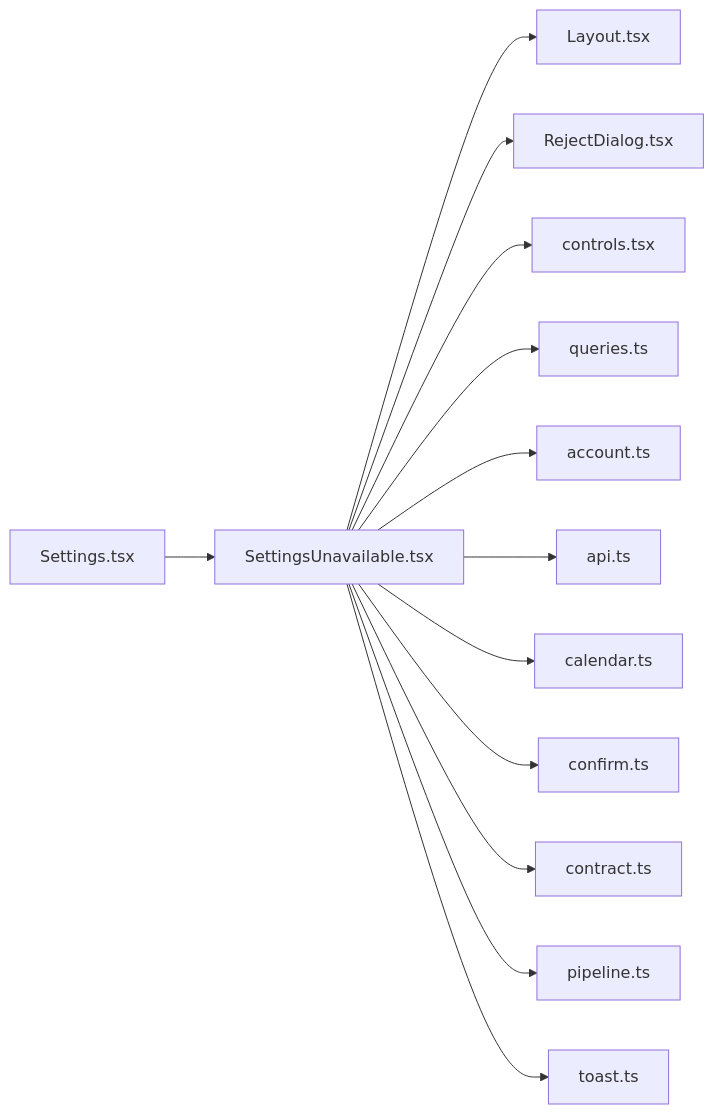
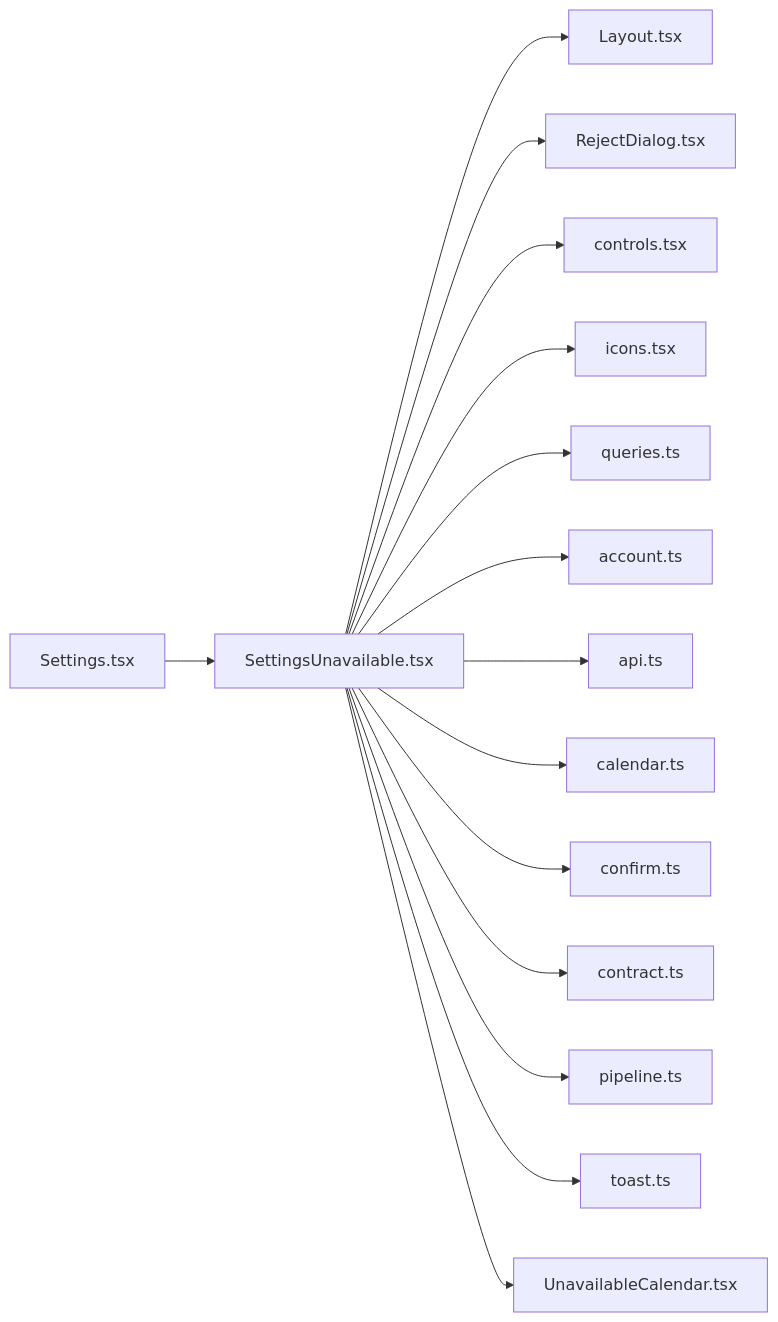
One commit to minkong-dev/Banblit changed the diagram in .cluedoc/graph/frontend/src/routes/SettingsUnavailable.md. Above: the diagram before and after it, drawn with Mermaid. The commit also changed other lines of this file and 45 other files, not shown here.

First line of the commit message:
frontend: show unavailable times as a member calendar and a team heatmap

````diff
--- a/.cluedoc/graph/frontend/src/routes/SettingsUnavailable.md
+++ b/.cluedoc/graph/frontend/src/routes/SettingsUnavailable.md
@@ -10,16 +10,18 @@
 ```mermaid
 flowchart LR
   frontend_src_routes_SettingsUnavailable["SettingsUnavailable.tsx"]
   frontend_src_routes_SettingsUnavailable --> frontend_src_components_Layout["Layout.tsx"]
   frontend_src_routes_SettingsUnavailable --> frontend_src_components_RejectDialog["RejectDialog.tsx"]
   frontend_src_routes_SettingsUnavailable --> frontend_src_components_controls["controls.tsx"]
+  frontend_src_routes_SettingsUnavailable --> frontend_src_components_icons["icons.tsx"]
   frontend_src_routes_SettingsUnavailable --> frontend_src_components_queries["queries.ts"]
   frontend_src_routes_SettingsUnavailable --> frontend_src_lib_account["account.ts"]
   frontend_src_routes_SettingsUnavailable --> frontend_src_lib_api["api.ts"]
   frontend_src_routes_SettingsUnavailable --> frontend_src_lib_calendar["calendar.ts"]
   frontend_src_routes_SettingsUnavailable --> frontend_src_lib_confirm["confirm.ts"]
   frontend_src_routes_SettingsUnavailable --> frontend_src_lib_contract["contract.ts"]
   frontend_src_routes_SettingsUnavailable --> frontend_src_lib_pipeline["pipeline.ts"]
   frontend_src_routes_SettingsUnavailable --> frontend_src_lib_toast["toast.ts"]
+  frontend_src_routes_SettingsUnavailable --> frontend_src_routes_UnavailableCalendar["UnavailableCalendar.tsx"]
   frontend_src_routes_Settings["Settings.tsx"] --> frontend_src_routes_SettingsUnavailable
 ```
````
